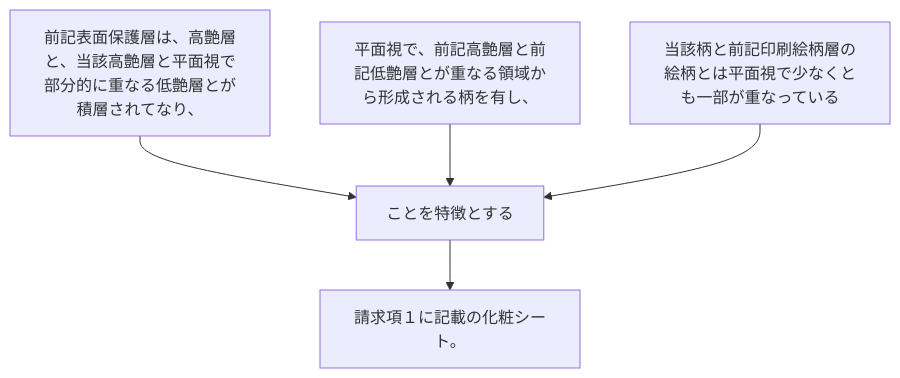
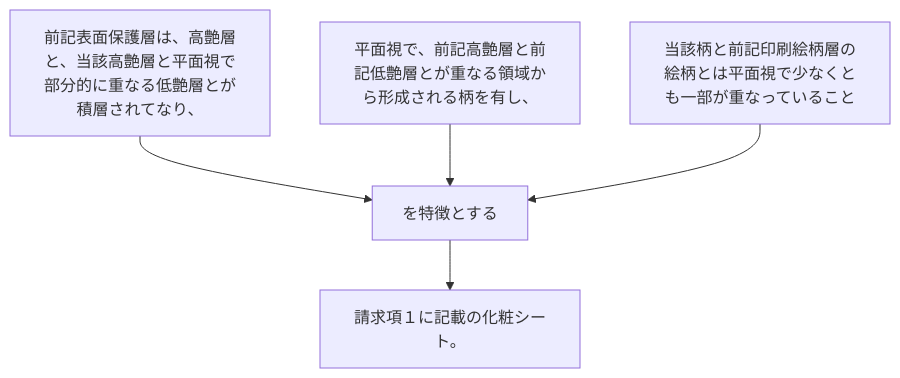
Before and after one commit to shinmori55/patent_analyzed: the diagram in 2024/JP2024006643A/claim_3/README.md, drawn with Mermaid. The commit also changed 336 other files, not shown here.

````diff
--- a/2024/JP2024006643A/claim_3/README.md
+++ b/2024/JP2024006643A/claim_3/README.md
@@ -2,12 +2,12 @@
 ```mermaid
 flowchart TD
 A[前記表面保護層は、高艶層と、当該高艶層と平面視で部分的に重なる低艶層とが積層されてなり、]
 B[平面視で、前記高艶層と前記低艶層とが重なる領域から形成される柄を有し、]
-C[当該柄と前記印刷絵柄層の絵柄とは平面視で少なくとも一部が重なっている]
-D[ことを特徴とする]
+C[当該柄と前記印刷絵柄層の絵柄とは平面視で少なくとも一部が重なっていること]
+D[を特徴とする]
 E[請求項１に記載の化粧シート。]
 A --> D
 B --> D
 C --> D
 D --> E
 ```
````
